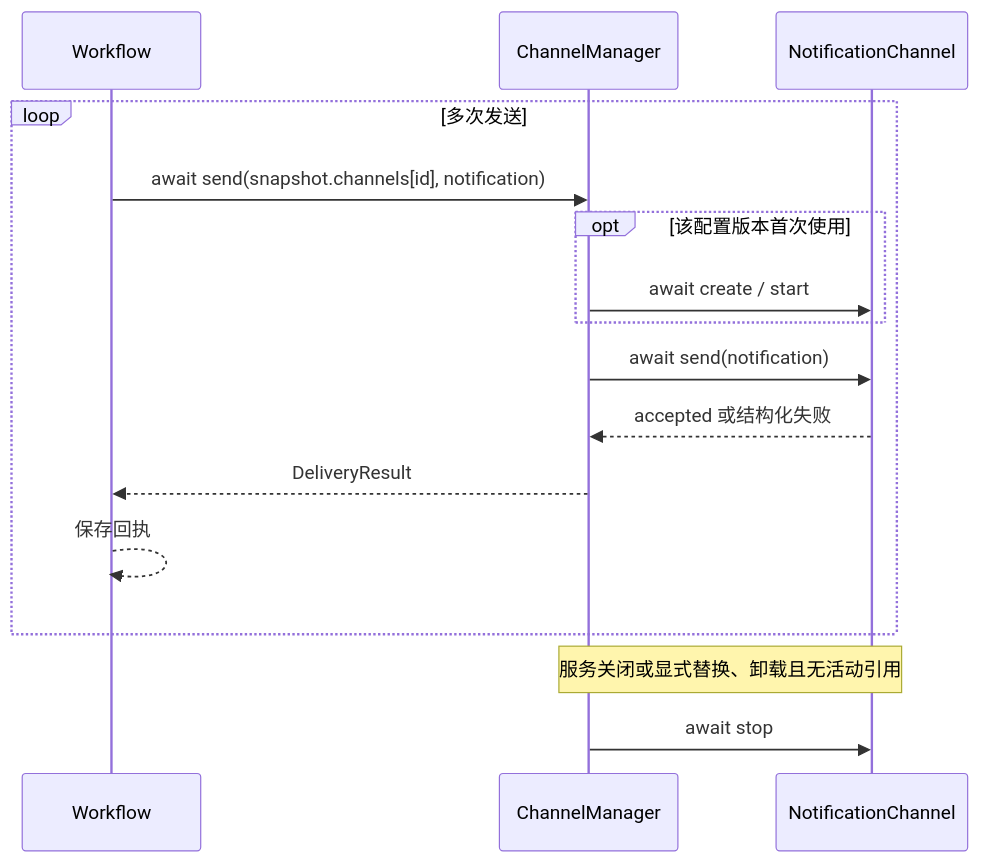
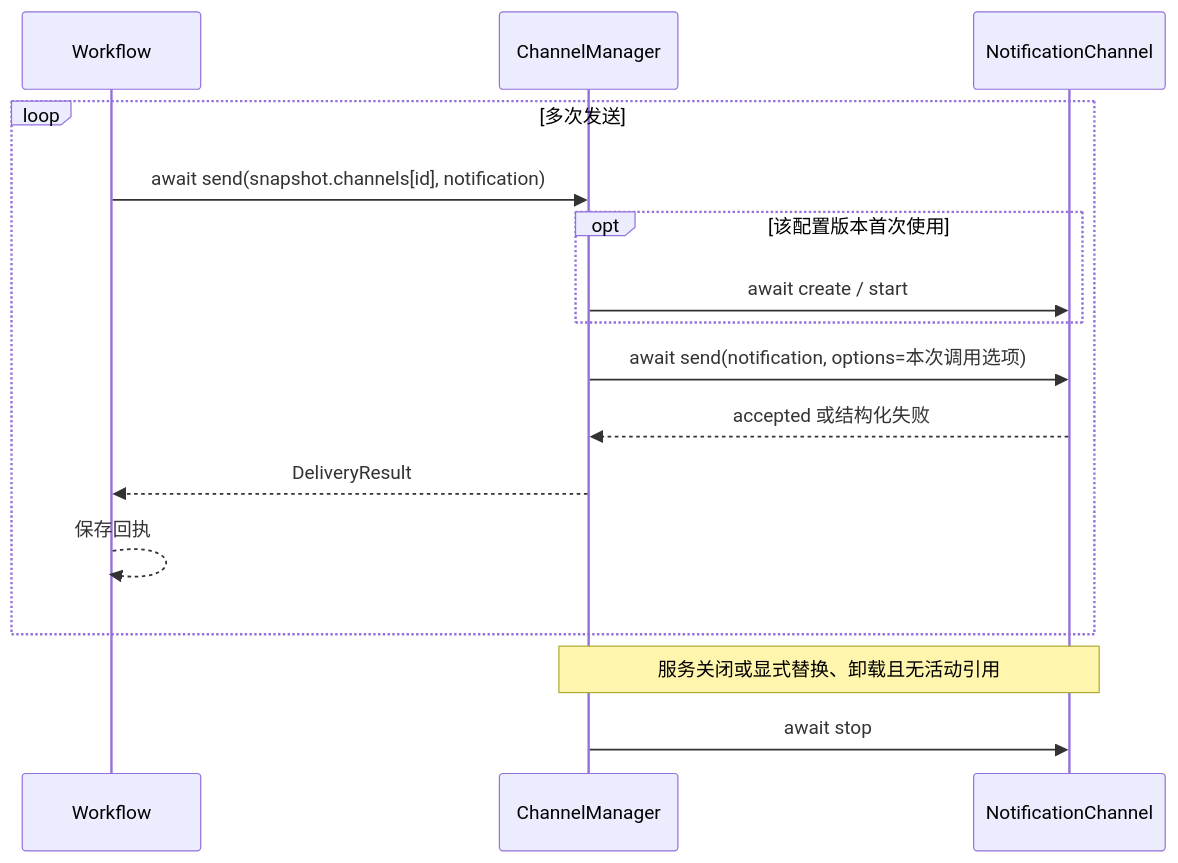
Before and after one commit to striiiiiing/WorkFLowWeave: the diagram in openspec/changes/configurable-collection-analysis-workflow/modules/channel/design.md, drawn with Mermaid. The commit also changed other lines of this file and 31 other files, not shown here.

````diff
--- a/openspec/changes/configurable-collection-analysis-workflow/modules/channel/design.md
+++ b/openspec/changes/configurable-collection-analysis-workflow/modules/channel/design.md
@@ -36,18 +38,18 @@
 ```mermaid
 sequenceDiagram
     participant W as Workflow
     participant M as ChannelManager
     participant P as NotificationChannel
     loop 多次发送
         W->>M: await send(snapshot.channels[id], notification)
         opt 该配置版本首次使用
             M->>P: await create / start
         end
-        M->>P: await send(notification)
+        M->>P: await send(notification, options=本次调用选项)
         P-->>M: accepted 或结构化失败
         M-->>W: DeliveryResult
         W-->>W: 保存回执
     end
     Note over M,P: 服务关闭或显式替换、卸载且无活动引用
     M->>P: await stop
 ```
````
